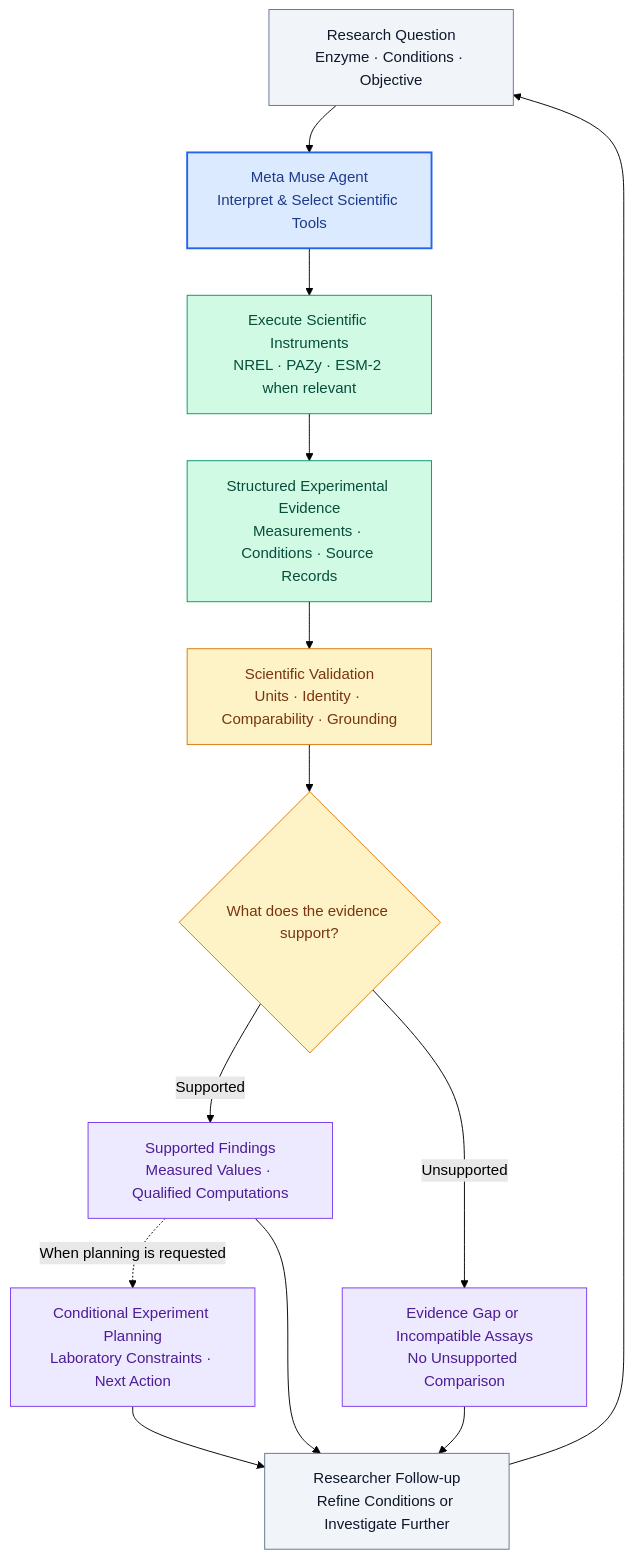
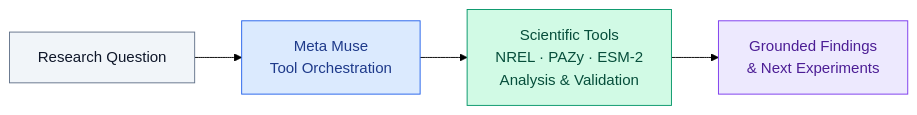
One commit to imamabi/PETzyme changed the diagram in README.md. Above: the diagram before and after it, drawn with Mermaid (forest theme). The commit also changed other lines of this file, not shown here.

````diff
--- a/README.md
+++ b/README.md
@@ -7,34 +15,16 @@
 ```mermaid
-flowchart TB
-    A["Research Question<br/>Enzyme · Conditions · Objective"]
-    B["Meta Muse Agent<br/>Interpret & Select Scientific Tools"]
-    C["Execute Scientific Instruments<br/>NREL · PAZy · ESM-2 when relevant"]
-    D["Structured Experimental Evidence<br/>Measurements · Conditions · Source Records"]
-    E["Scientific Validation<br/>Units · Identity · Comparability · Grounding"]
-    F{"What does the evidence support?"}
-    G["Supported Findings<br/>Measured Values · Qualified Computations"]
-    H["Evidence Gap or Incompatible Assays<br/>No Unsupported Comparison"]
-    I["Conditional Experiment Planning<br/>Laboratory Constraints · Next Action"]
-    J["Researcher Follow-up<br/>Refine Conditions or Investigate Further"]
-
-    A --> B --> C --> D --> E --> F
-    F -->|Supported| G
-    F -->|Unsupported| H
-    G -.->|When planning is requested| I
-    G --> J
-    H --> J
-    I --> J
-    J --> A
+flowchart LR
+    A["Research Question"] --> B["Meta Muse<br/>Tool Orchestration"]
+    B --> C["Scientific Tools<br/>NREL · PAZy · ESM-2<br/>Analysis & Validation"]
+    C --> D["Grounded Findings<br/>& Next Experiments"]
 
     classDef input fill:#F1F5F9,stroke:#64748B,color:#0F172A
-    classDef agent fill:#DBEAFE,stroke:#2563EB,color:#1E3A8A,stroke-width:2px
+    classDef agent fill:#DBEAFE,stroke:#2563EB,color:#1E3A8A
     classDef science fill:#D1FAE5,stroke:#059669,color:#064E3B
-    classDef validation fill:#FEF3C7,stroke:#D97706,color:#78350F
     classDef output fill:#EDE9FE,stroke:#7C3AED,color:#4C1D95
 
-    class A,J input
+    class A input
     class B agent
-    class C,D science
-    class E,F validation
-    class G,H,I output
+    class C science
+    class D output
 ```
````
